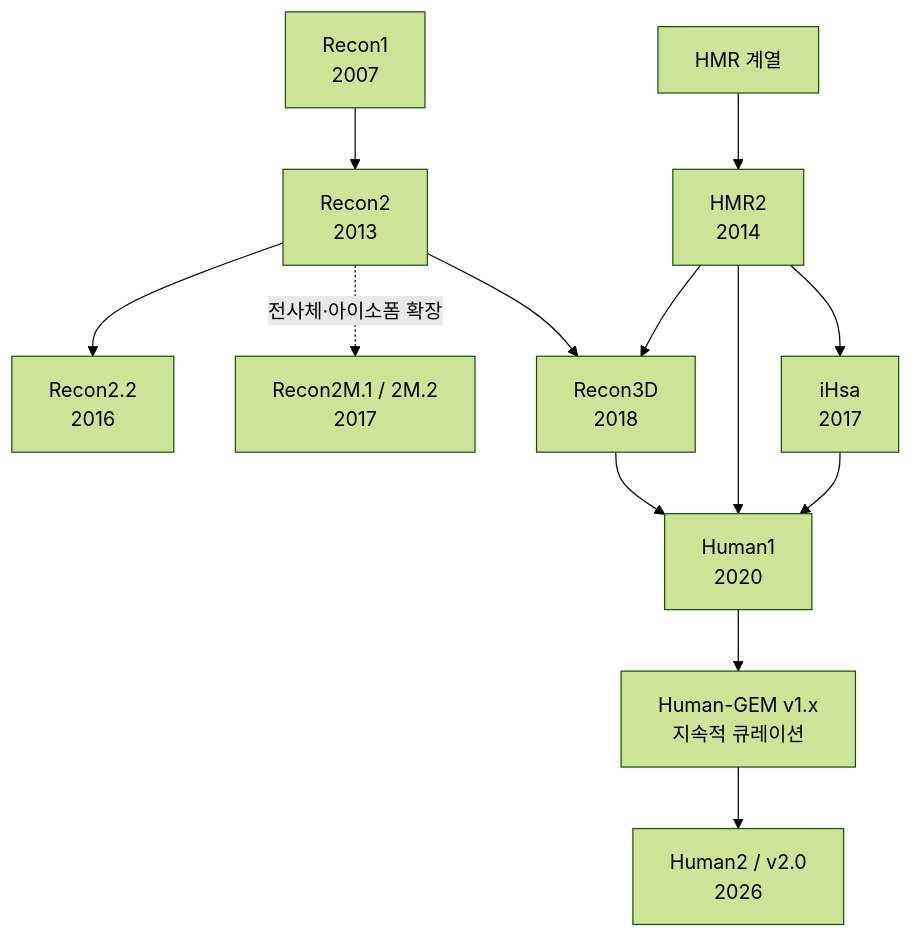
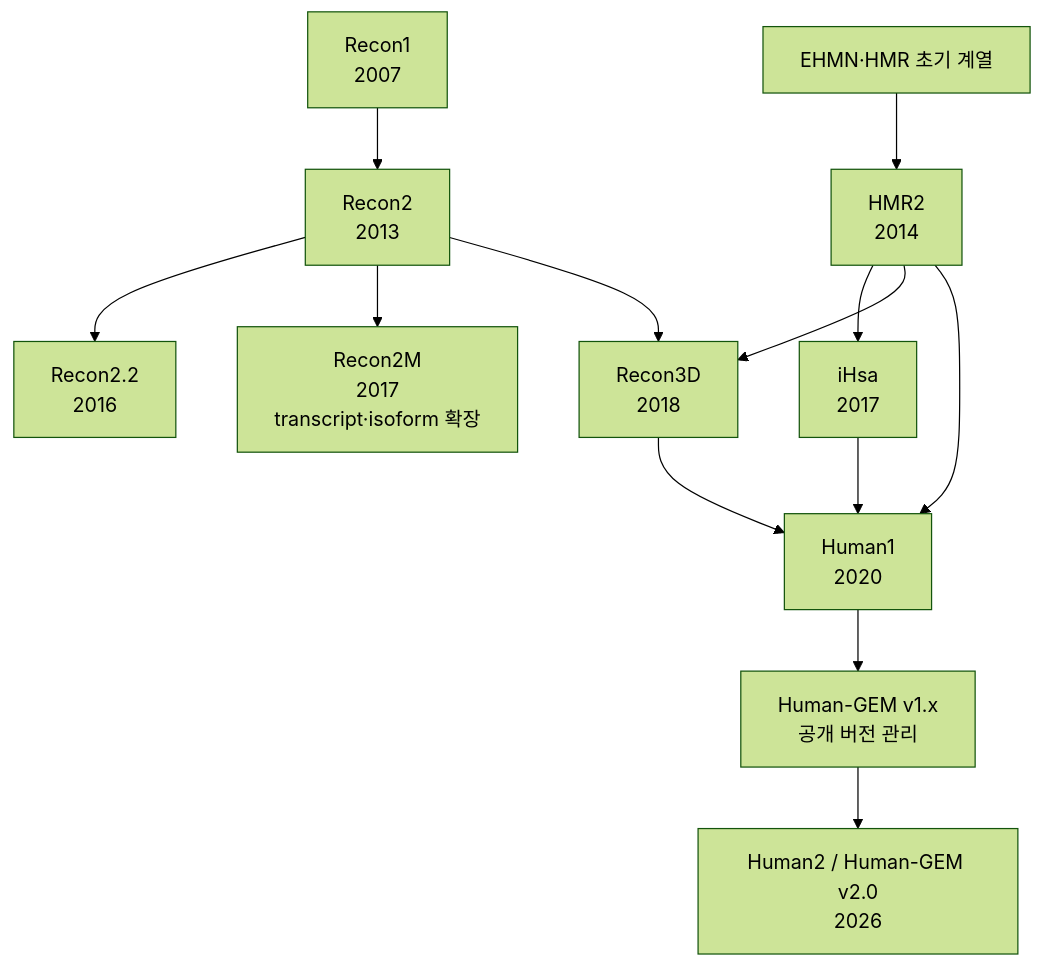
Before and after one commit to jyryu3161/ebook_metabolic_modeling: the diagram in chapter-5/08.md, drawn with Mermaid (forest theme). The commit also changed other lines of this file and 92 other files, not shown here.

````diff
--- a/chapter-5/08.md
+++ b/chapter-5/08.md
@@ -7,17 +5,17 @@
 ```mermaid
-graph TD
-    R1[Recon1<br/>2007] --> R2[Recon2<br/>2013]
-    R2 --> R22[Recon2.2<br/>2016]
-    R2 -. 전사체·아이소폼 확장 .-> R2M[Recon2M.1 / 2M.2<br/>2017]
+flowchart TD
+    R1["Recon1<br/>2007"] --> R2["Recon2<br/>2013"]
+    R2 --> R22["Recon2.2<br/>2016"]
+    R2 --> R2M["Recon2M<br/>2017<br/>transcript·isoform 확장"]
+    R2 --> R3["Recon3D<br/>2018"]
 
-    HMR1[HMR 계열] --> HMR2[HMR2<br/>2014]
-    HMR2 --> IHSA[iHsa<br/>2017]
+    E["EHMN·HMR 초기 계열"] --> H2["HMR2<br/>2014"]
+    H2 --> IH["iHsa<br/>2017"]
+    H2 --> R3
 
-    R2 --> R3D[Recon3D<br/>2018]
-    HMR2 --> R3D
-    R3D --> H1[Human1<br/>2020]
-    HMR2 --> H1
-    IHSA --> H1
-    H1 --> HG[Human-GEM v1.x<br/>지속적 큐레이션]
-    HG --> H2[Human2 / v2.0<br/>2026]
+    H2 --> H1["Human1<br/>2020"]
+    IH --> H1
+    R3 --> H1
+    H1 --> HG["Human-GEM v1.x<br/>공개 버전 관리"]
+    HG --> H20["Human2 / Human-GEM v2.0<br/>2026"]
 ```
````
